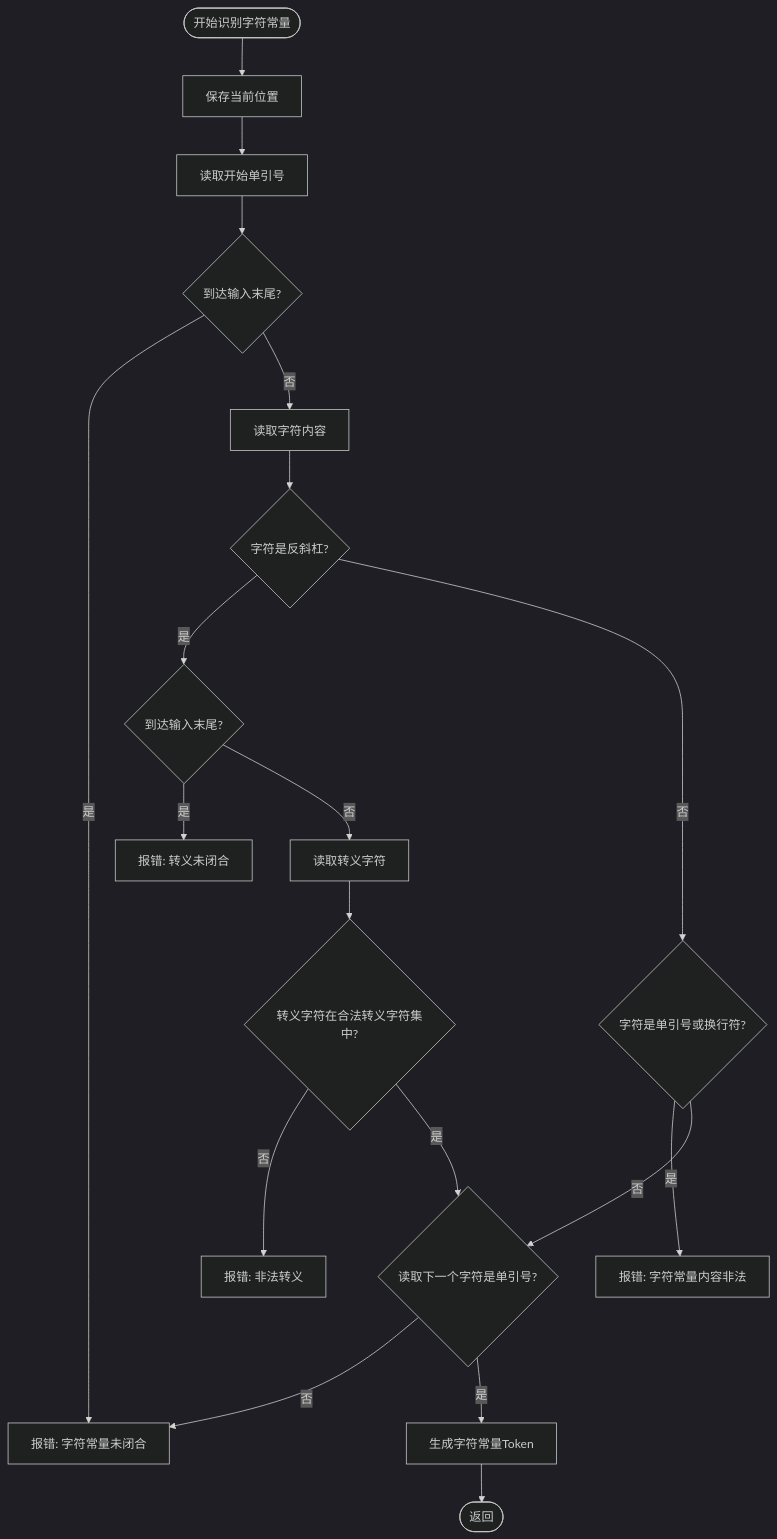
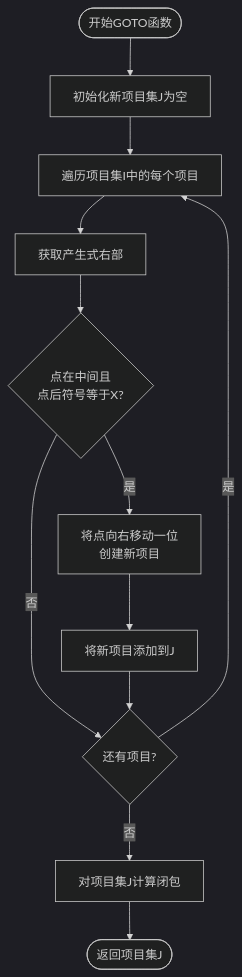
The fifth of 7 diagrams in README.md (zhengky-paper-account/-CF-OF-), drawn with Mermaid (dark theme) before and after one commit. The commit also changed other lines of this file, not shown here.

````diff
--- a/README.md
+++ b/README.md
@@ -116,21 +133,14 @@
 ```mermaid
 flowchart TD
-    开始([开始识别字符常量]) --> 保存位置[保存当前位置]
-    保存位置 --> 读取开始引号[读取开始单引号]
-    读取开始引号 --> 检查末尾{到达输入末尾?}
-    检查末尾 -->|是| 报错未闭合[报错: 字符常量未闭合]
-    检查末尾 -->|否| 读取字符内容[读取字符内容]
-    读取字符内容 --> 检查转义{字符是反斜杠?}
-    检查转义 -->|是| 检查末尾2{到达输入末尾?}
-    检查末尾2 -->|是| 报错转义未闭合[报错: 转义未闭合]
-    检查末尾2 -->|否| 读取转义字符[读取转义字符]
-    读取转义字符 --> 检查转义合法{转义字符在合法转义字符集中?}
-    检查转义合法 -->|否| 报错非法转义[报错: 非法转义]
-    检查转义合法 -->|是| 检查结束引号
-    检查转义 -->|否| 检查非法内容{字符是单引号或换行符?}
-    检查非法内容 -->|是| 报错内容非法[报错: 字符常量内容非法]
-    检查非法内容 -->|否| 检查结束引号{读取下一个字符是单引号?}
-    检查结束引号 -->|否| 报错未闭合
-    检查结束引号 -->|是| 生成Token[生成字符常量Token]
-    生成Token --> 返回([返回])
+    开始([开始GOTO函数]) --> 初始化新项目集[初始化新项目集J为空]
+    初始化新项目集 --> 遍历项目[遍历项目集I中的每个项目]
+    遍历项目 --> 获取右部[获取产生式右部]
+    获取右部 --> 检查条件{点在中间且<br/>点后符号等于X?}
+    检查条件 -->|否| 检查下一个项目{还有项目?}
+    检查条件 -->|是| 移动点[将点向右移动一位<br/>创建新项目]
+    移动点 --> 添加到新项目集[将新项目添加到J]
+    添加到新项目集 --> 检查下一个项目
+    检查下一个项目 -->|是| 遍历项目
+    检查下一个项目 -->|否| 计算闭包[对项目集J计算闭包]
+    计算闭包 --> 返回结果([返回项目集J])
 ```
````
